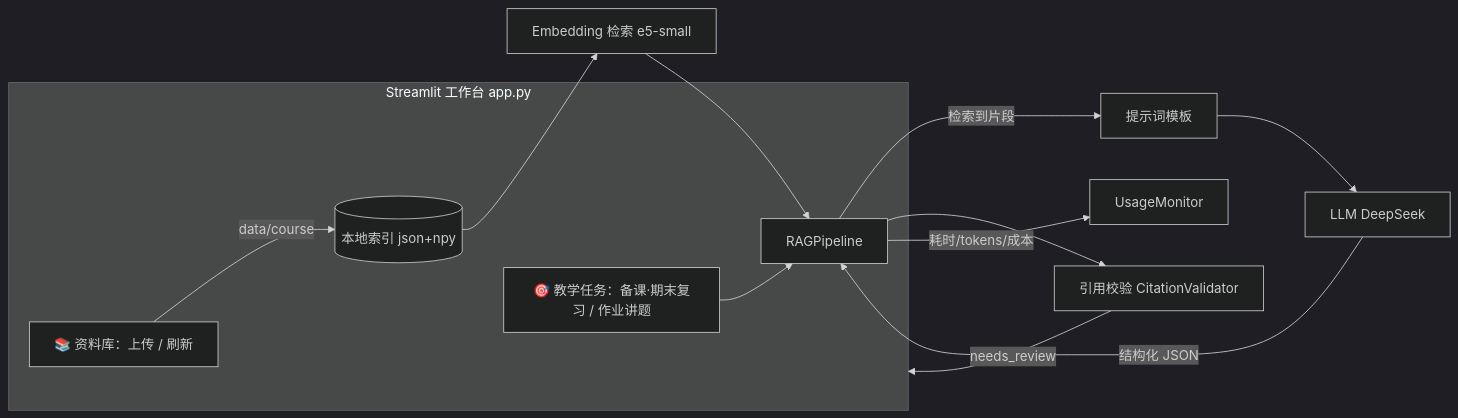
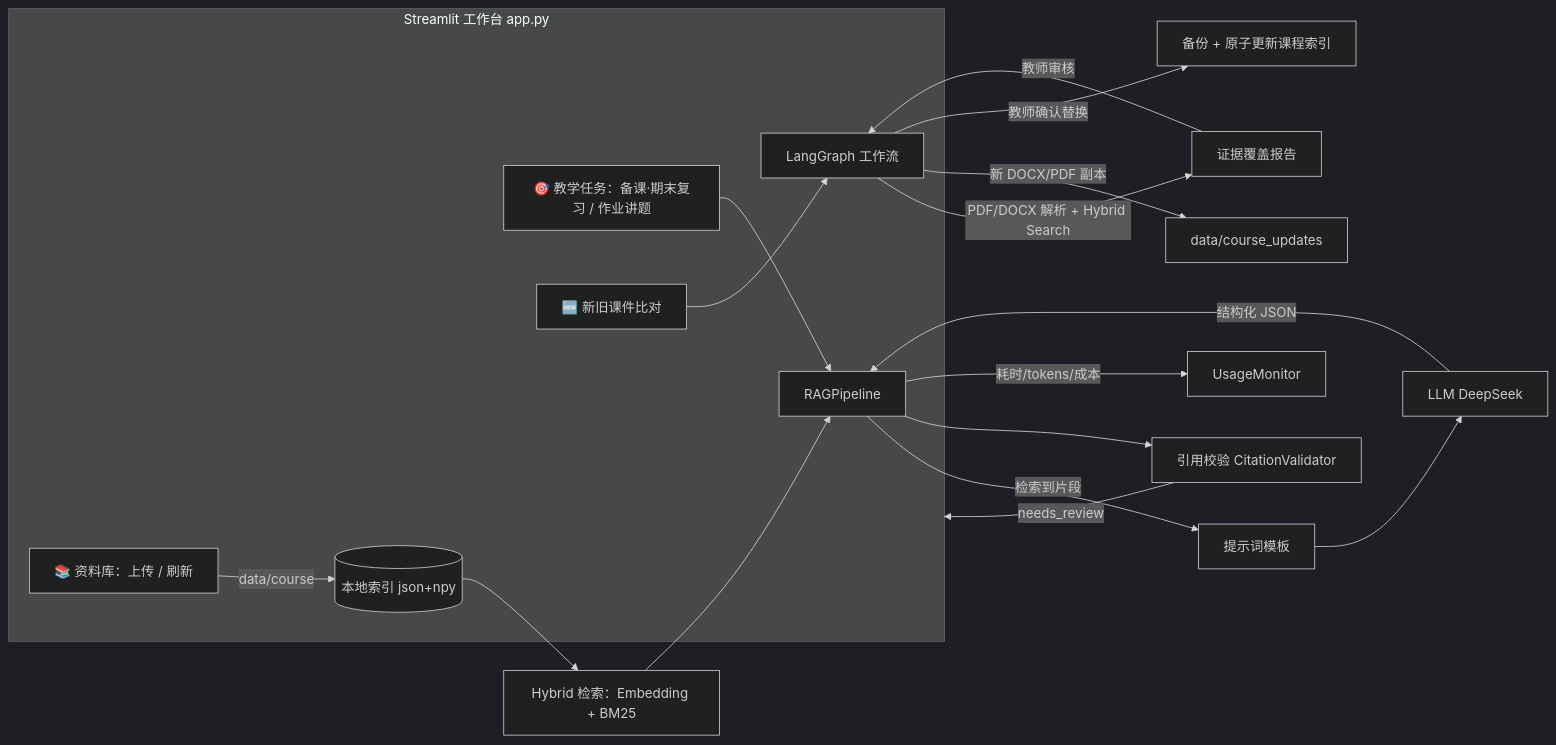
Before and after one commit to howingjan/AI-Teaching-Assistant: the diagram in docs/ARCHITECTURE.md, drawn with Mermaid (dark theme). The commit also changed other lines of this file and 29 other files, not shown here.

````diff
--- a/docs/ARCHITECTURE.md
+++ b/docs/ARCHITECTURE.md
@@ -8,15 +8,20 @@
 ```mermaid
 flowchart LR
     subgraph UI[Streamlit 工作台 app.py]
         A[📚 资料库：上传 / 刷新] -->|data/course| I[(本地索引 json+npy)]
         B[🎯 教学任务：备课·期末复习 / 作业讲题] --> P[RAGPipeline]
+        C[🆕 新旧课件比对] --> G[LangGraph 工作流]
     end
-    I --> R[Embedding 检索 e5-small]
+    I --> R[Hybrid 检索：Embedding + BM25]
     R --> P
     P -->|检索到片段| T[提示词模板]
     T --> L[LLM DeepSeek]
     L -->|结构化 JSON| P
     P --> V[引用校验 CitationValidator]
     V -->|needs_review| UI
     P -->|耗时/tokens/成本| M[UsageMonitor]
+    G -->|PDF/DOCX 解析 + Hybrid Search| H[证据覆盖报告]
+    H -->|教师审核| G
+    G -->|新 DOCX/PDF 副本| O[data/course_updates]
+    G -->|教师确认替换| U[备份 + 原子更新课程索引]
 ```
````
